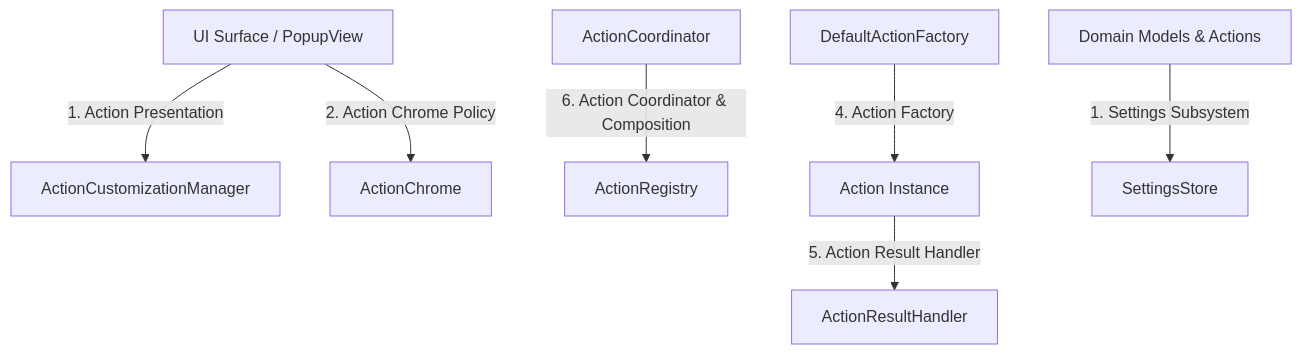
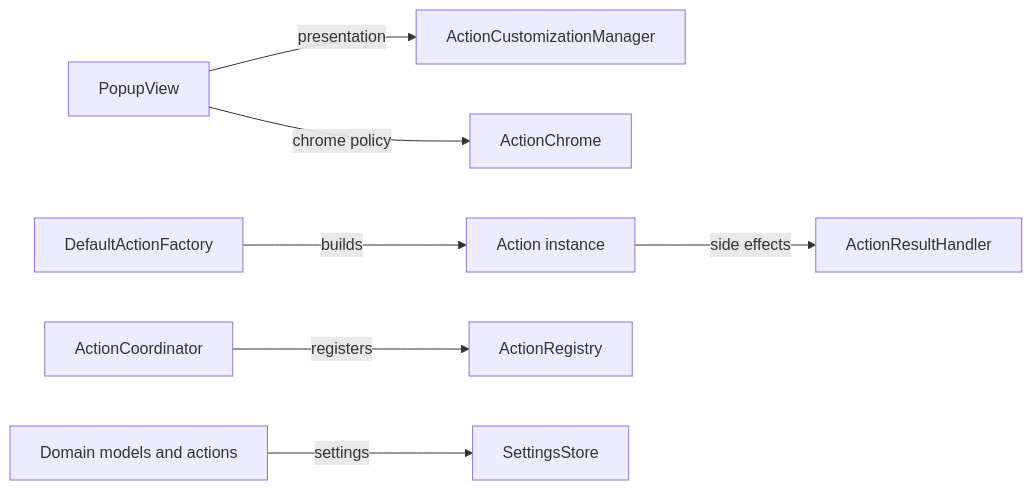
The second of 2 diagrams in content/docs/architecture/overview.md (ganeshmshetty/openclip-web), drawn with Mermaid before and after one commit. The commit also changed other lines of this file and 40 other files, not shown here.

````diff
--- a/content/docs/architecture/overview.md
+++ b/content/docs/architecture/overview.md
@@ -48,9 +38,9 @@
 ```mermaid
-graph TD
- UI[UI Surface / PopupView] -->|1. Action Presentation| ACM[ActionCustomizationManager]
- UI -->|2. Action Chrome Policy| AC[ActionChrome]
- ACoord[ActionCoordinator] -->|6. Action Coordinator & Composition| AR[ActionRegistry]
- AF[DefaultActionFactory] -->|4. Action Factory| Action[Action Instance]
- Action -->|5. Action Result Handler| ARH[ActionResultHandler]
- Core[Domain Models & Actions] -->|1. Settings Subsystem| SS[SettingsStore]
+flowchart LR
+  UI[PopupView] -->|presentation| ACM[ActionCustomizationManager]
+  UI -->|chrome policy| AC[ActionChrome]
+  AF[DefaultActionFactory] -->|builds| Action[Action instance]
+  Action -->|side effects| ARH[ActionResultHandler]
+  ACoord[ActionCoordinator] -->|registers| AR[ActionRegistry]
+  Core[Domain models and actions] -->|settings| SS[SettingsStore]
 ```
````
